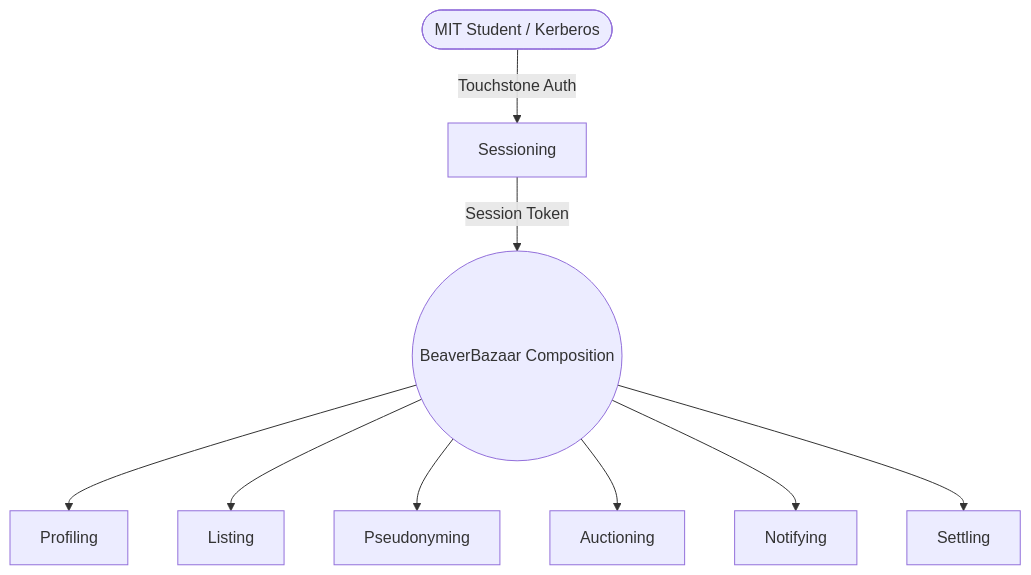
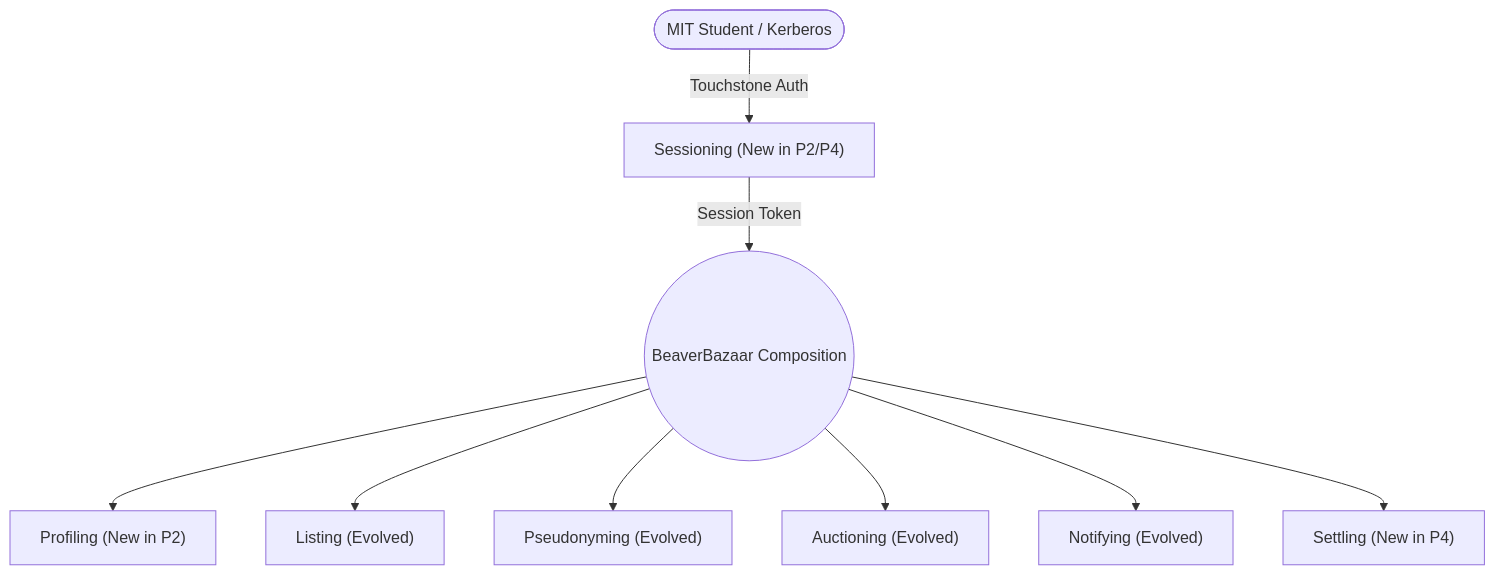
Before and after one commit to Hubert-Jiang/6.1040-Project: the diagram in DESIGN.md, drawn with Mermaid. The commit also changed other lines of this file and 1 other file, not shown here.

````diff
--- a/DESIGN.md
+++ b/DESIGN.md
@@ -17,20 +27,20 @@
 ```mermaid
 graph TD
   User([MIT Student / Kerberos])
-  Sessioning[Sessioning]
-  Profiling[Profiling]
-  Listing[Listing]
-  Pseudonyming[Pseudonyming]
-  Auctioning[Auctioning]
-  Notifying[Notifying]
-  Settling[Settling]
+  Sessioning["Sessioning (New in P2/P4)"]
+  Profiling["Profiling (New in P2)"]
+  Listing["Listing (Evolved)"]
+  Pseudonyming["Pseudonyming (Evolved)"]
+  Auctioning["Auctioning (Evolved)"]
+  Notifying["Notifying (Evolved)"]
+  Settling["Settling (New in P4)"]
 
   User -->|Touchstone Auth| Sessioning
   Sessioning -->|Session Token| Composition((BeaverBazaar Composition))
   Composition --> Profiling
   Composition --> Listing
   Composition --> Pseudonyming
   Composition --> Auctioning
   Composition --> Notifying
   Composition --> Settling
 ```
````
